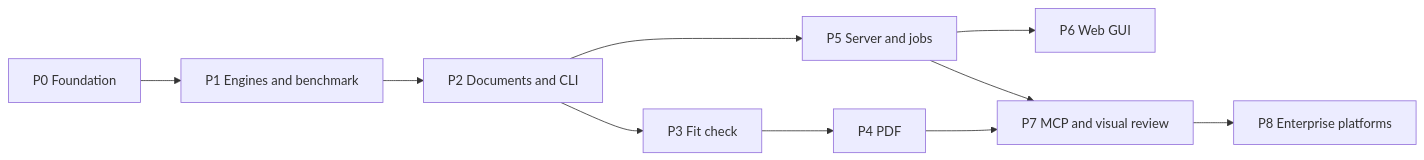
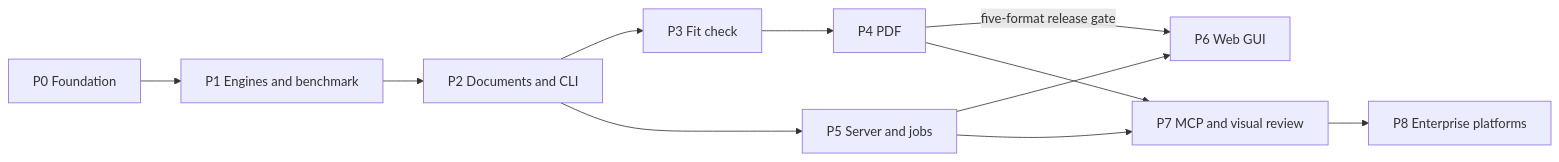
The diagram in docs/IMPLEMENTATION_PLAN.md (mlei06/document-translator), drawn with Mermaid before and after one commit. The commit also changed other lines of this file and 46 other files, not shown here.

````diff
--- a/docs/IMPLEMENTATION_PLAN.md
+++ b/docs/IMPLEMENTATION_PLAN.md
@@ -25,12 +25,13 @@
 ```mermaid
 flowchart LR
     P0[P0 Foundation] --> P1[P1 Engines and benchmark]
     P1 --> P2[P2 Documents and CLI]
     P2 --> P3[P3 Fit check]
     P3 --> P4[P4 PDF]
     P2 --> P5[P5 Server and jobs]
     P5 --> P6[P6 Web GUI]
+    P4 -->|five-format release gate| P6
     P4 --> P7[P7 MCP and visual review]
     P5 --> P7
     P7 --> P8[P8 Enterprise platforms]
 ```
````
